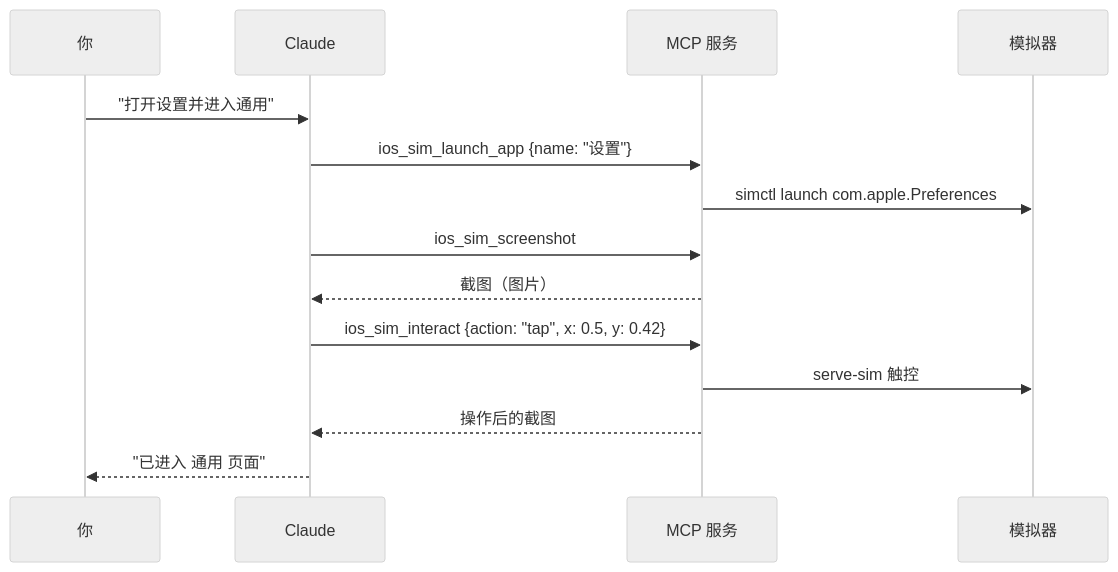
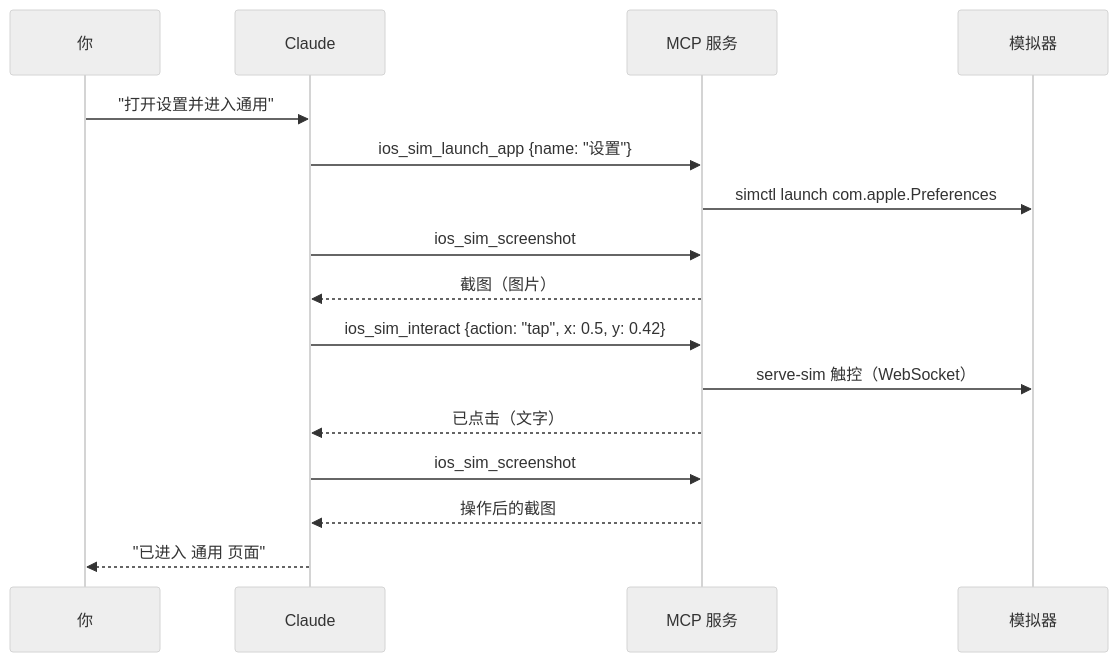
The diagram in README.md (elisezhu123/cc-ios-simulator), drawn with Mermaid (neutral theme) before and after one commit. The commit also changed other lines of this file and 9 other files, not shown here.

````diff
--- a/README.md
+++ b/README.md
@@ -269,16 +269,18 @@
 ```mermaid
 sequenceDiagram
     participant U as 你
     participant C as Claude
     participant M as MCP 服务
     participant S as 模拟器
     U->>C: "打开设置并进入通用"
     C->>M: ios_sim_launch_app {name: "设置"}
     M->>S: simctl launch com.apple.Preferences
     C->>M: ios_sim_screenshot
     M-->>C: 截图（图片）
     C->>M: ios_sim_interact {action: "tap", x: 0.5, y: 0.42}
-    M->>S: serve-sim 触控
+    M->>S: serve-sim 触控（WebSocket）
+    M-->>C: 已点击（文字）
+    C->>M: ios_sim_screenshot
     M-->>C: 操作后的截图
     C-->>U: "已进入 通用 页面"
 ```
````
